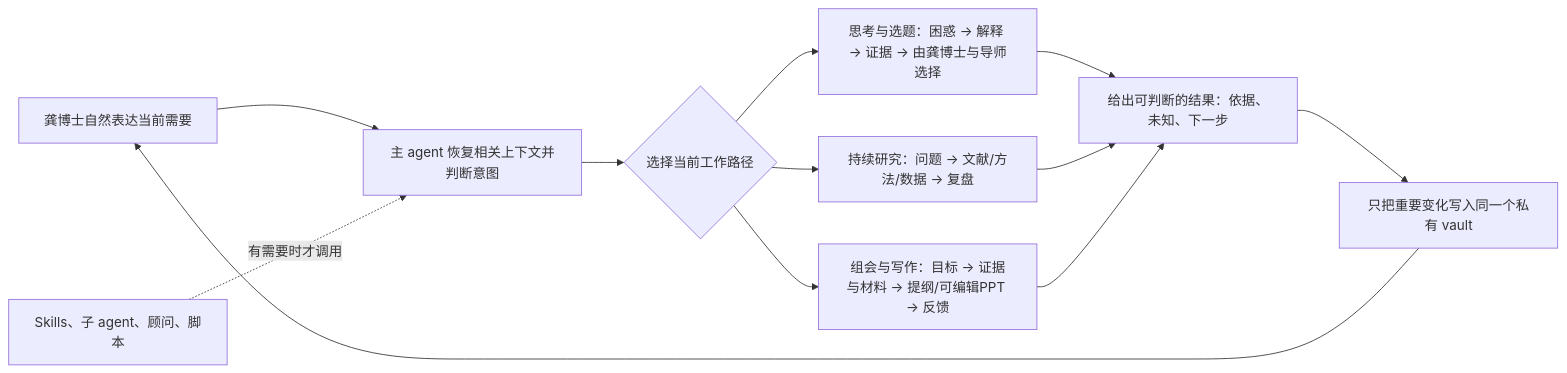
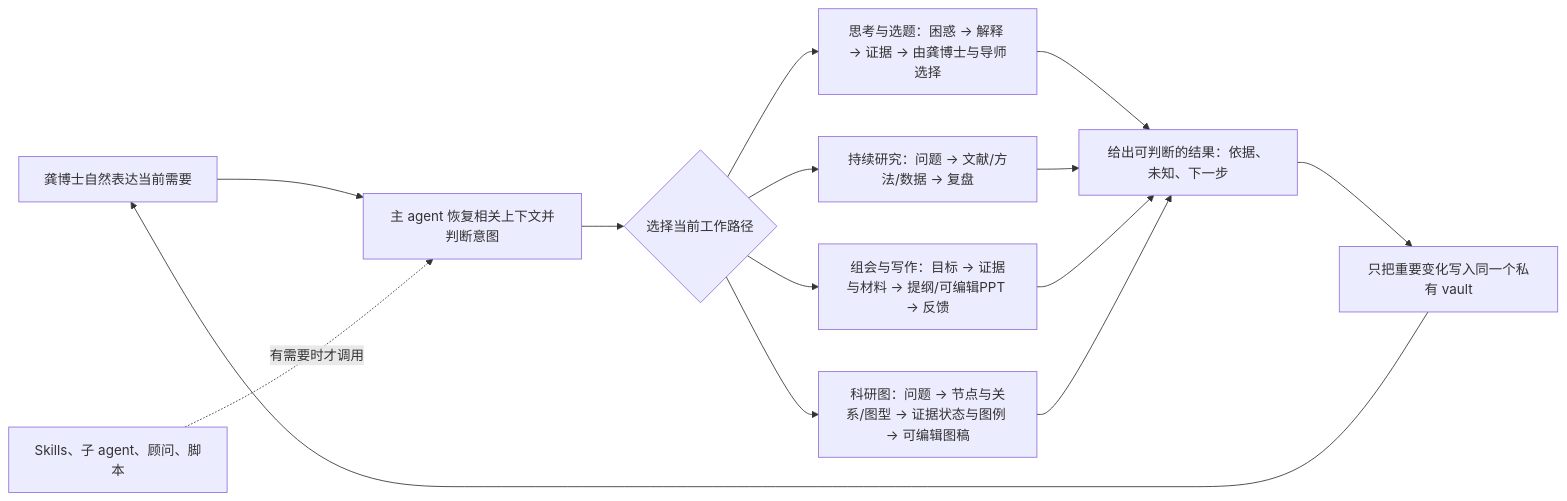
One commit to youir/danta-research-workbench changed the diagram in 08_完整体系架构.md. Above: the diagram before and after it, drawn with Mermaid. The commit also changed other lines of this file and 219 other files, not shown here.

````diff
--- a/08_完整体系架构.md
+++ b/08_完整体系架构.md
@@ -11,14 +11,16 @@
 ```mermaid
 flowchart LR
     U[龚博士自然表达当前需要] --> R[主 agent 恢复相关上下文并判断意图]
     R --> W{选择当前工作路径}
     W --> I[思考与选题：困惑 → 解释 → 证据 → 由龚博士与导师选择]
     W --> D[持续研究：问题 → 文献/方法/数据 → 复盘]
     W --> M[组会与写作：目标 → 证据与材料 → 提纲/可编辑PPT → 反馈]
+    W --> F[科研图：问题 → 节点与关系/图型 → 证据状态与图例 → 可编辑图稿]
     I --> O[给出可判断的结果：依据、未知、下一步]
     D --> O
     M --> O
+    F --> O
     O --> P[只把重要变化写入同一个私有 vault]
     P --> U
     S[Skills、子 agent、顾问、脚本] -. 有需要时才调用 .-> R
 ```
````
